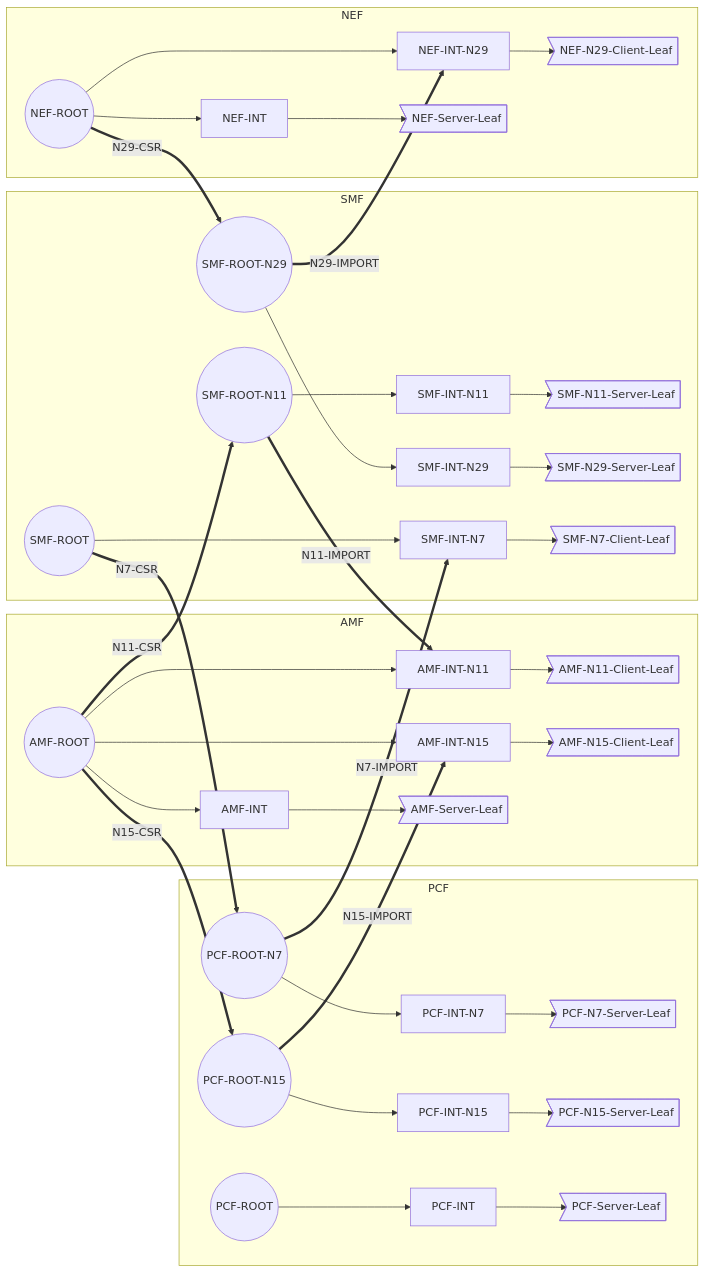
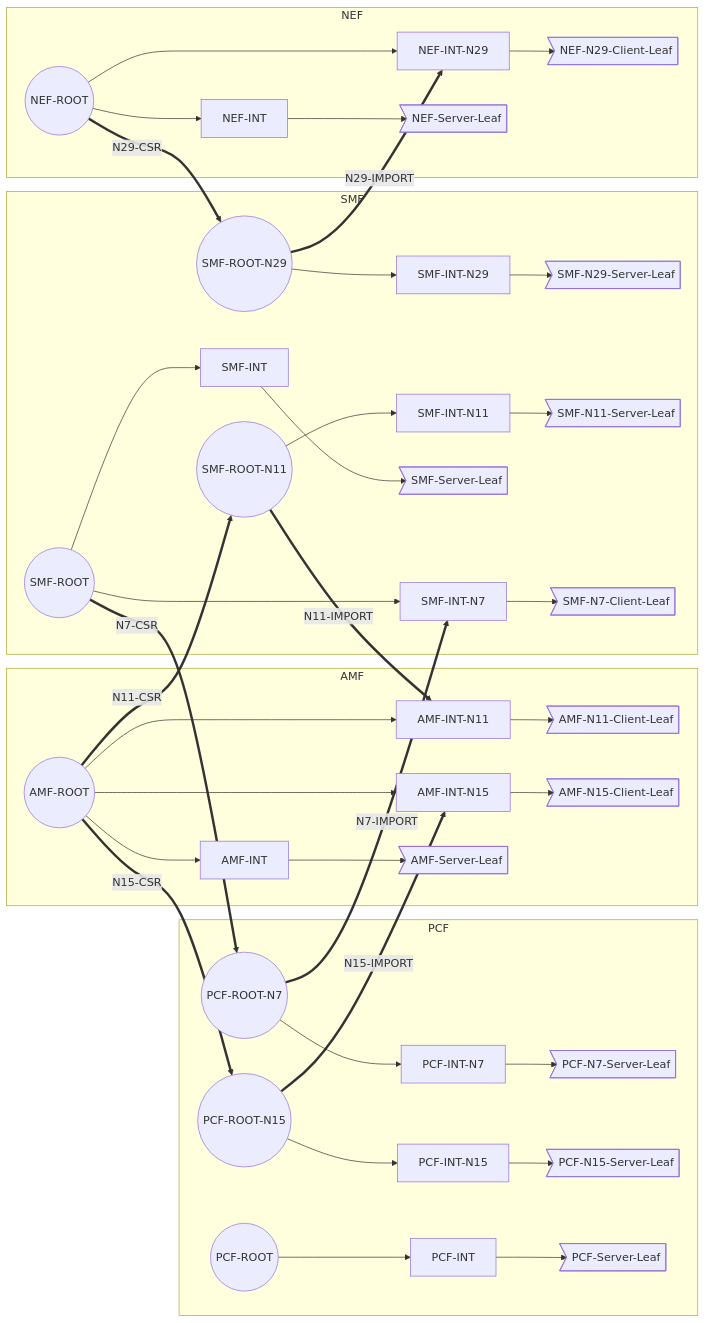
The fifth of 6 diagrams in secrets/pki-mtls-xsign/README.md (F0otsh0T/hcp-vault-patterns), drawn with Mermaid before and after one commit.

Commit message:
[F0otsh0T 20220809] XSign Service Based Roots

````diff
--- a/secrets/pki-mtls-xsign/README.md
+++ b/secrets/pki-mtls-xsign/README.md
@@ -144,31 +144,32 @@
 ```mermaid
 graph LR 
   SMF-ROOT==N7-CSR==>PCF-ROOT-N7==N7-IMPORT==>SMF-INT-N7
   AMF-ROOT==N11-CSR==>SMF-ROOT-N11==N11-IMPORT==>AMF-INT-N11
   AMF-ROOT==N15-CSR==>PCF-ROOT-N15==N15-IMPORT==>AMF-INT-N15
   NEF-ROOT==N29-CSR==>SMF-ROOT-N29==N29-IMPORT==>NEF-INT-N29
 
   subgraph PCF
   PCF-ROOT-N7((PCF-ROOT-N7))-->PCF-INT-N7-->PCF-N7-Server-Leaf>PCF-N7-Server-Leaf]
   PCF-ROOT-N15((PCF-ROOT-N15))-->PCF-INT-N15-->PCF-N15-Server-Leaf>PCF-N15-Server-Leaf]
   PCF-ROOT((PCF-ROOT))-->PCF-INT-->PCF-Server-Leaf>PCF-Server-Leaf]
   end
 
   subgraph AMF
   AMF-ROOT((AMF-ROOT))-->AMF-INT-->AMF-Server-Leaf>AMF-Server-Leaf]
   AMF-ROOT-->AMF-INT-N11-->AMF-N11-Client-Leaf>AMF-N11-Client-Leaf]
   AMF-ROOT-->AMF-INT-N15-->AMF-N15-Client-Leaf>AMF-N15-Client-Leaf]
   end
 
   subgraph SMF
+  SMF-ROOT-N29((SMF-ROOT-N29))-->SMF-INT-N29-->SMF-N29-Server-Leaf>SMF-N29-Server-Leaf]
+  SMF-ROOT((SMF-ROOT))-->SMF-INT-->SMF-Server-Leaf>SMF-Server-Leaf]
   SMF-ROOT-N11((SMF-ROOT-N11))-->SMF-INT-N11-->SMF-N11-Server-Leaf>SMF-N11-Server-Leaf]
-  SMF-ROOT-N29((SMF-ROOT-N29))-->SMF-INT-N29-->SMF-N29-Server-Leaf>SMF-N29-Server-Leaf]
   SMF-ROOT((SMF-ROOT))-->SMF-INT-N7-->SMF-N7-Client-Leaf>SMF-N7-Client-Leaf]
   end
 
   subgraph NEF
   NEF-ROOT((NEF-ROOT))-->NEF-INT-->NEF-Server-Leaf>NEF-Server-Leaf]
   NEF-ROOT-->NEF-INT-N29-->NEF-29-Client-Leaf>NEF-N29-Client-Leaf]
   end
 
 ```
````
